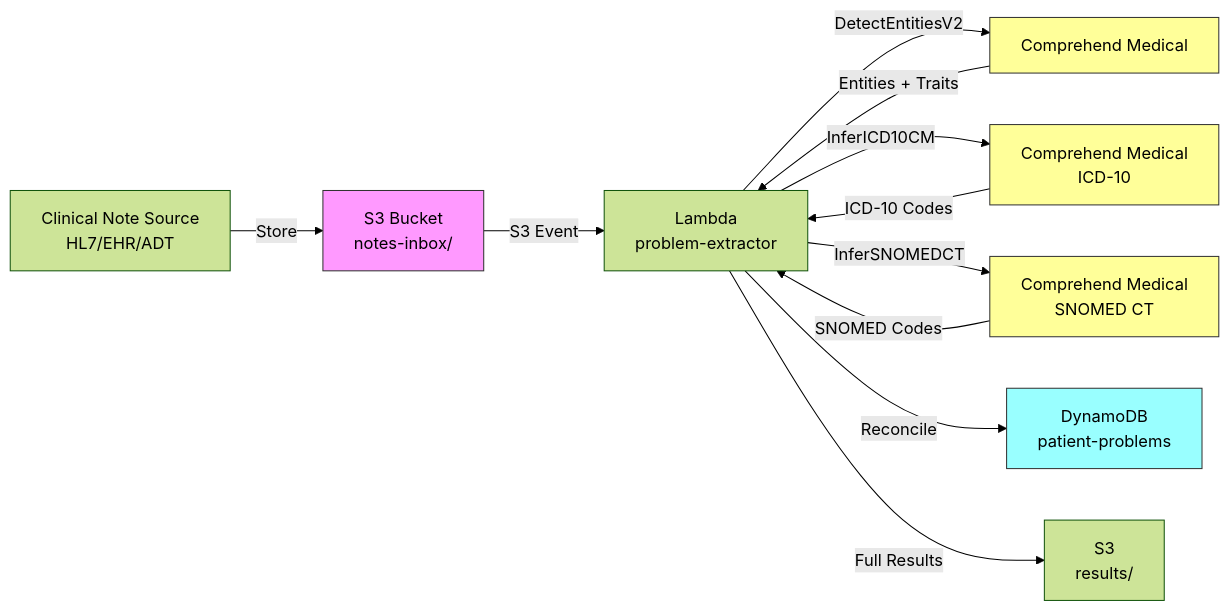
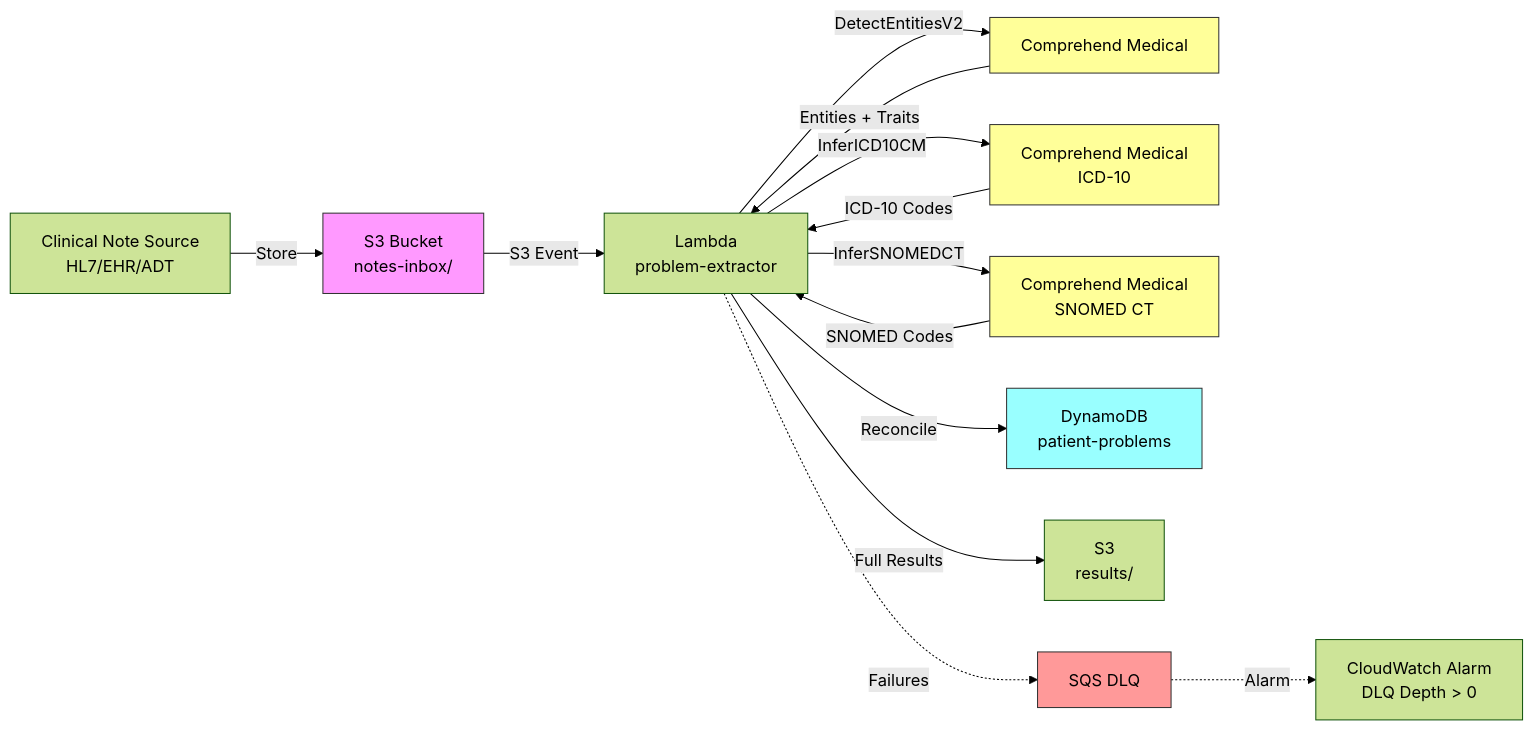
Before and after one commit to ccrngd1/HCLS-ai-book: the diagram in chapter08.05-architecture.md, drawn with Mermaid (forest theme). The commit also changed other lines of this file and 3 other files, not shown here.

````diff
--- a/chapter08.05-architecture.md
+++ b/chapter08.05-architecture.md
@@ -23,19 +23,22 @@
 ```mermaid
 flowchart LR
     A[Clinical Note Source\nHL7/EHR/ADT] -->|Store| B[S3 Bucket\nnotes-inbox/]
     B -->|S3 Event| C[Lambda\nproblem-extractor]
     C -->|DetectEntitiesV2| D[Comprehend Medical]
     D -->|Entities + Traits| C
     C -->|InferICD10CM| E[Comprehend Medical\nICD-10]
     C -->|InferSNOMEDCT| F[Comprehend Medical\nSNOMED CT]
     E -->|ICD-10 Codes| C
     F -->|SNOMED Codes| C
     C -->|Reconcile| G[DynamoDB\npatient-problems]
     C -->|Full Results| H[S3\nresults/]
+    C -.->|Failures| I[SQS DLQ]
+    I -.->|Alarm| J[CloudWatch Alarm\nDLQ Depth > 0]
 
     style B fill:#f9f,stroke:#333
     style D fill:#ff9,stroke:#333
     style E fill:#ff9,stroke:#333
     style F fill:#ff9,stroke:#333
     style G fill:#9ff,stroke:#333
+    style I fill:#f99,stroke:#333
 ```
````
